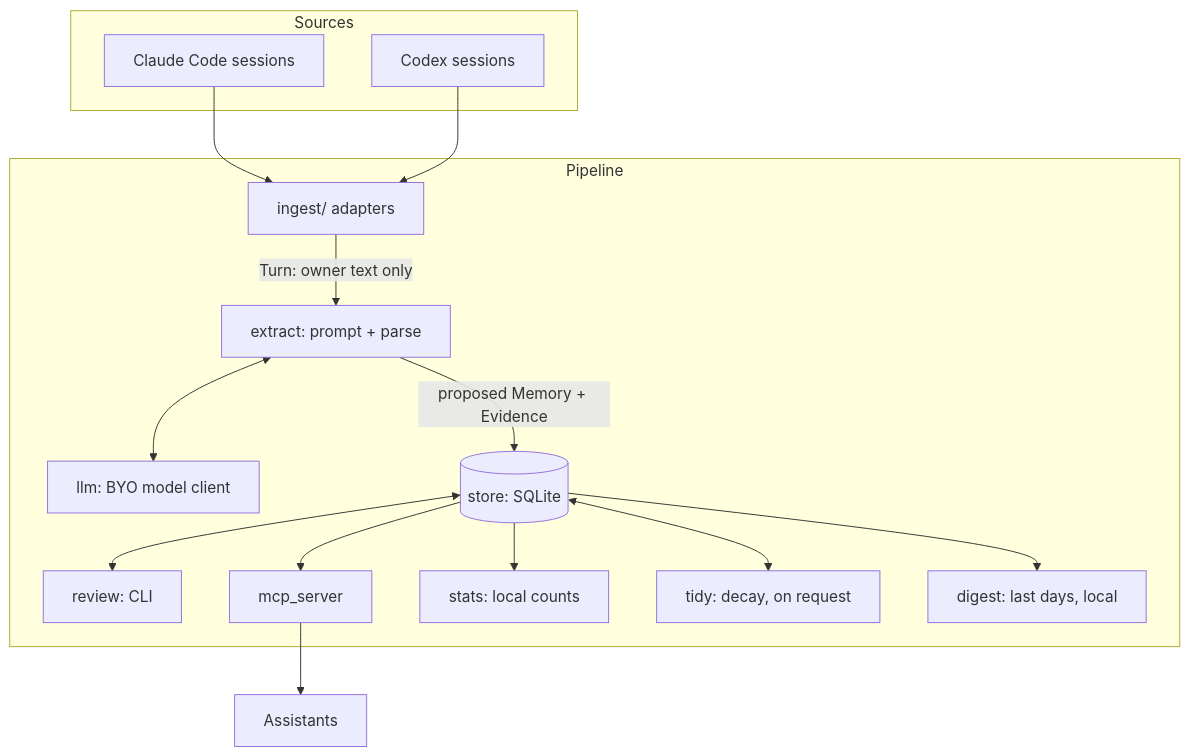
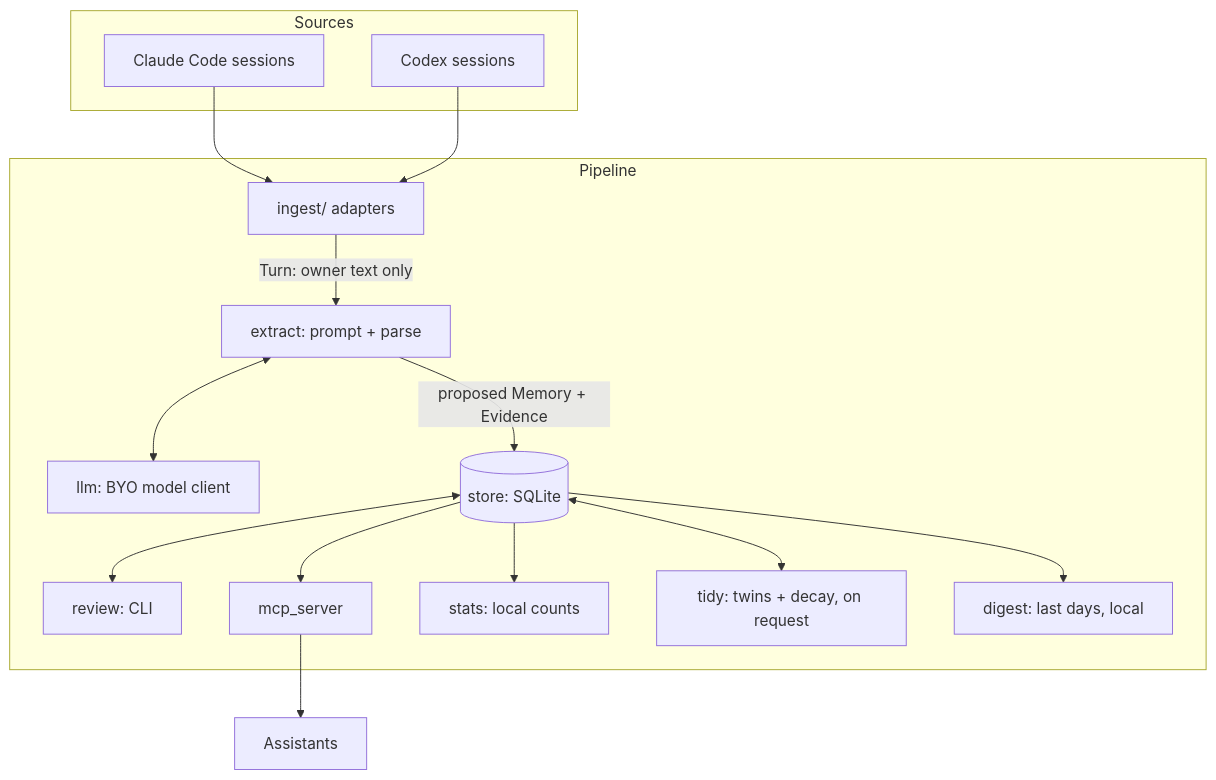
Before and after one commit to Yanir-R/personaKit: the diagram in docs/ARCHITECTURE.md, drawn with Mermaid. The commit also changed other lines of this file and 18 other files, not shown here.

````diff
--- a/docs/ARCHITECTURE.md
+++ b/docs/ARCHITECTURE.md
@@ -6,29 +6,29 @@
 ```mermaid
 flowchart TB
   subgraph Sources
     CC[Claude Code sessions]
     CX[Codex sessions]
   end
   subgraph Pipeline
     IN[ingest/ adapters]
     EX[extract: prompt + parse]
     LLM[llm: BYO model client]
     ST[(store: SQLite)]
     RV[review: CLI]
     MCP[mcp_server]
     SS[stats: local counts]
-    TD[tidy: decay, on request]
+    TD[tidy: twins + decay, on request]
     DG[digest: last days, local]
   end
   CC --> IN
   CX --> IN
   IN -->|Turn: owner text only| EX
   EX <--> LLM
   EX -->|proposed Memory + Evidence| ST
   ST <--> RV
   ST --> MCP
   ST --> SS
   ST <--> TD
   ST --> DG
   MCP --> AS[Assistants]
 ```
````
